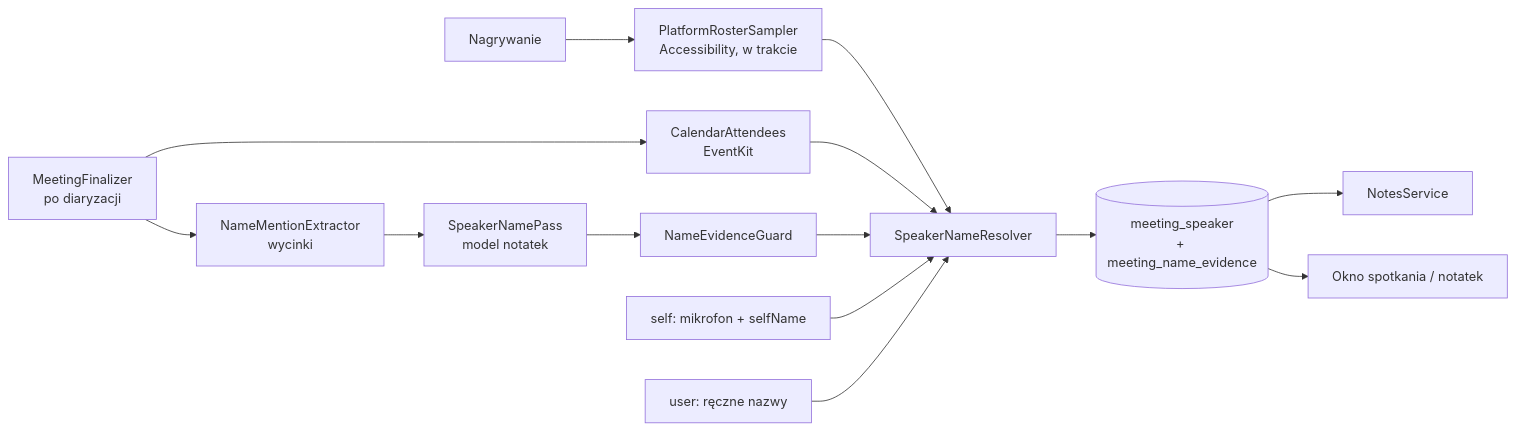
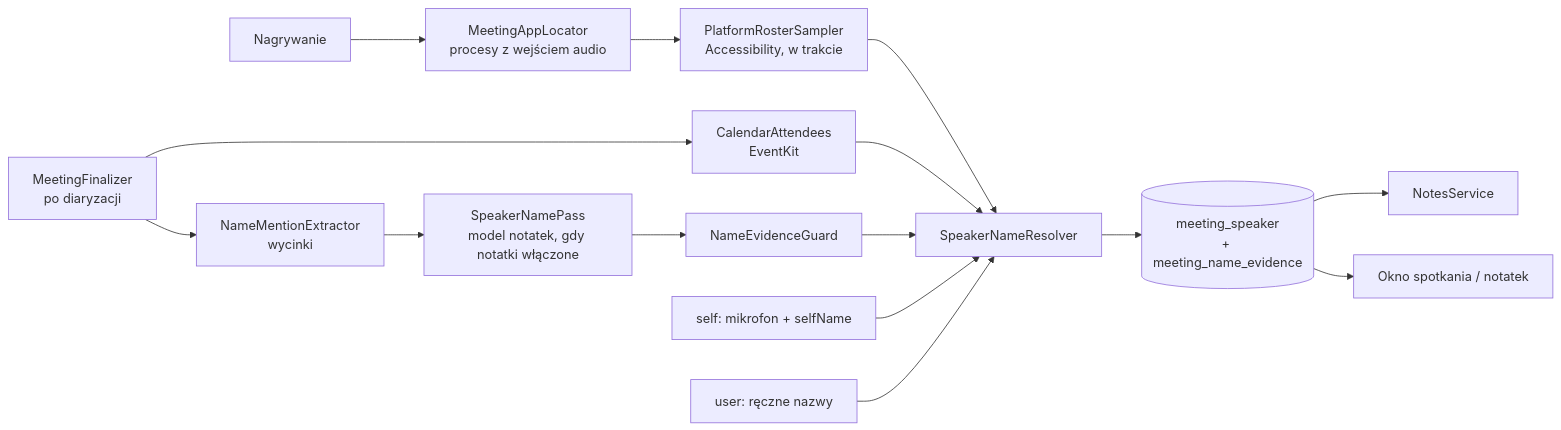
The diagram in .ai/specs/2026-11-25-meeting-speaker-names.md (mjozefiak/lintel), drawn with Mermaid before and after one commit. The commit also changed other lines of this file, not shown here.

First line of the commit message:
docs(specs): fix speaker-names spec review findings (app detection, optional Accessibility, privacy, gate 0.2, measurement)

````diff
--- a/.ai/specs/2026-11-25-meeting-speaker-names.md
+++ b/.ai/specs/2026-11-25-meeting-speaker-names.md
@@ -39,14 +39,15 @@
 ```mermaid
 flowchart LR
-  REC[Nagrywanie] --> P[PlatformRosterSampler\nAccessibility, w trakcie]
+  REC[Nagrywanie] --> A[MeetingAppLocator\nprocesy z wejściem audio]
+  A --> P[PlatformRosterSampler\nAccessibility, w trakcie]
   FIN[MeetingFinalizer\npo diaryzacji] --> C[CalendarAttendees\nEventKit]
   FIN --> X[NameMentionExtractor\nwycinki]
-  X --> L[SpeakerNamePass\nmodel notatek] --> G[NameEvidenceGuard]
+  X --> L[SpeakerNamePass\nmodel notatek, gdy notatki włączone] --> G[NameEvidenceGuard]
   P --> R[SpeakerNameResolver]
   C --> R
   G --> R
   S[self: mikrofon + selfName] --> R
   U[user: ręczne nazwy] --> R
   R --> DB[(meeting_speaker\n+ meeting_name_evidence)]
   DB --> N[NotesService] & W[Okno spotkania / notatek]
 ```
````
